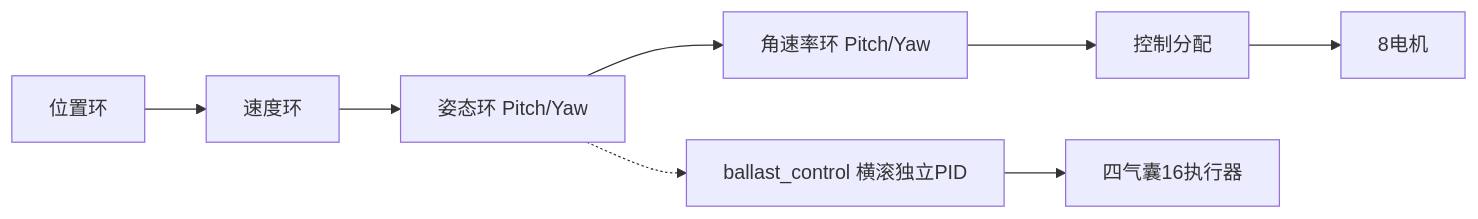
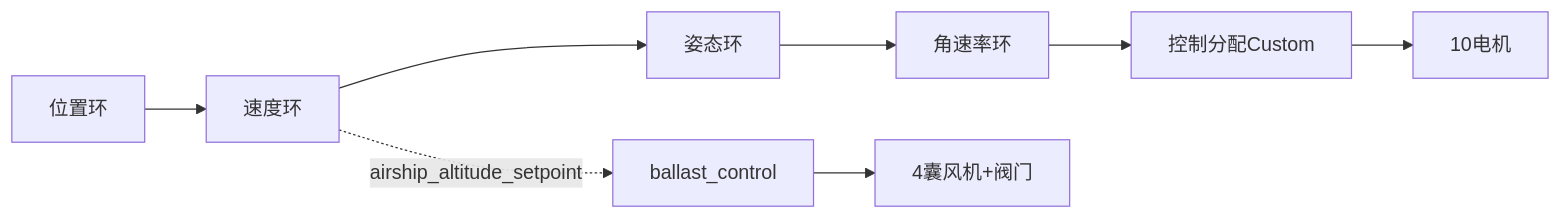
The diagram in docs/lingyun/qgc_integration/01_overview.md (yas8086/qgroundcontrol-lingyun), drawn with Mermaid before and after one commit. The commit also changed other lines of this file and 7 other files, not shown here.

First line of the commit message:
docs(airship): sync integration docs to v3.2 (V2 architecture)

````diff
--- a/docs/lingyun/qgc_integration/01_overview.md
+++ b/docs/lingyun/qgc_integration/01_overview.md
@@ -35,10 +44,10 @@
 ```mermaid
 graph LR
     A[位置环] --> B[速度环]
-    B --> C[姿态环 Pitch/Yaw]
-    C --> D[角速率环 Pitch/Yaw]
-    D --> E[控制分配]
-    E --> F[8电机]
-    C -.-> G[ballast_control 横滚独立PID]
-    G --> H[四气囊16执行器]
+    B --> C[姿态环]
+    C --> D[角速率环]
+    D --> E[控制分配Custom]
+    E --> F[10电机]
+    B -.->|airship_altitude_setpoint| G[ballast_control]
+    G --> H[4囊风机+阀门]
 ```
````
